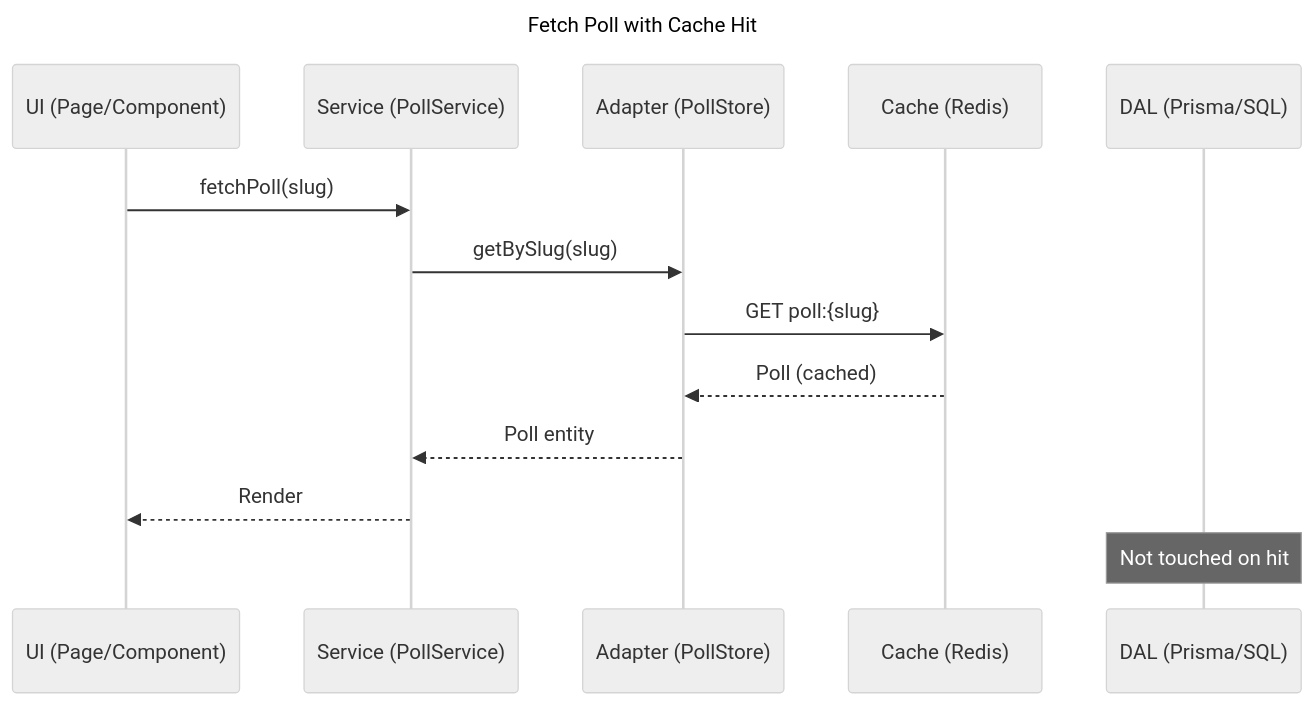
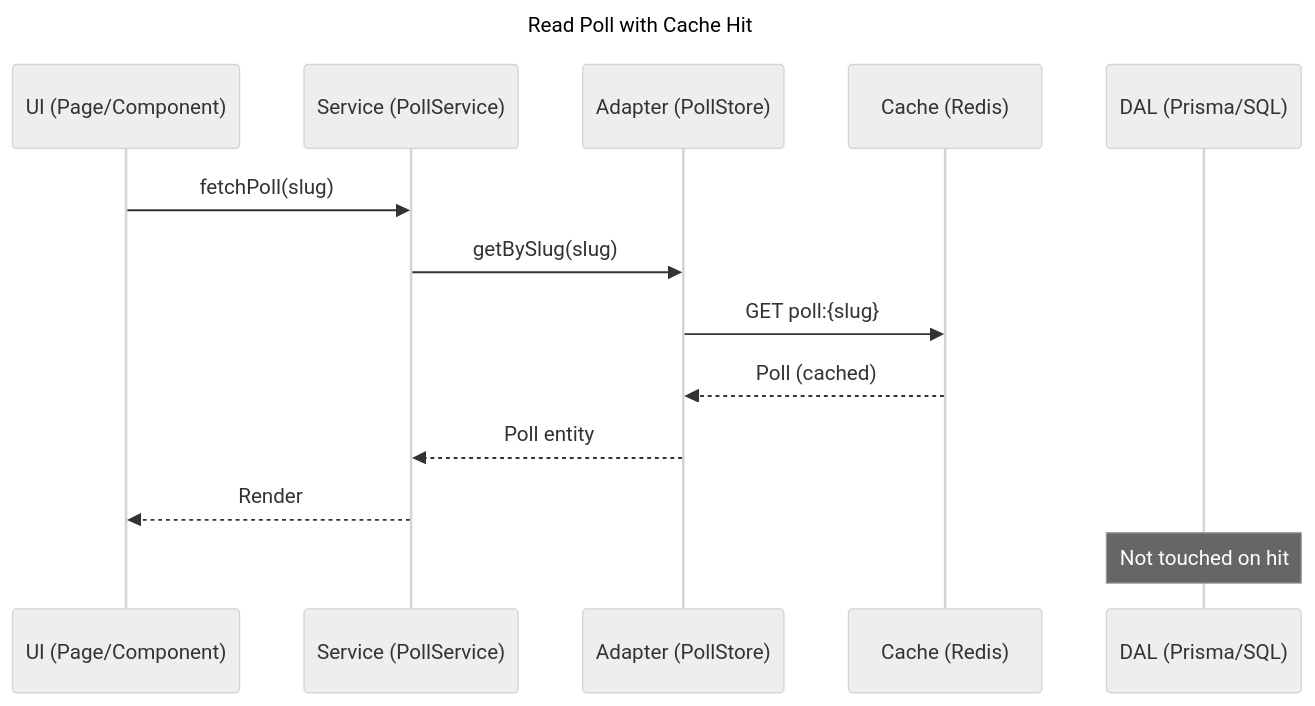
One commit to sandbox-as-a-service/docs changed the first of 3 diagrams in fetch-poll-sequence.md. Above: the diagram before and after it, drawn with Mermaid.

````diff
--- a/fetch-poll-sequence.md
+++ b/fetch-poll-sequence.md
@@ -1,22 +1,22 @@
 ```mermaid
 ---
-title: Fetch Poll with Cache Hit
+title: Read Poll with Cache Hit
 config:
   theme: neutral
 ---
 sequenceDiagram
     participant UI as UI (Page/Component)
     participant S as Service (PollService)
     participant PS as Adapter (PollStore)
     participant C as Cache (Redis)
     participant DB as DAL (Prisma/SQL)
 
     UI->>S: fetchPoll(slug)
     S->>PS: getBySlug(slug)
     PS->>C: GET poll:{slug}
     C-->>PS: Poll (cached)
     PS-->>S: Poll entity
     S-->>UI: Render
     note over DB: Not touched on hit
 
 ```
````
